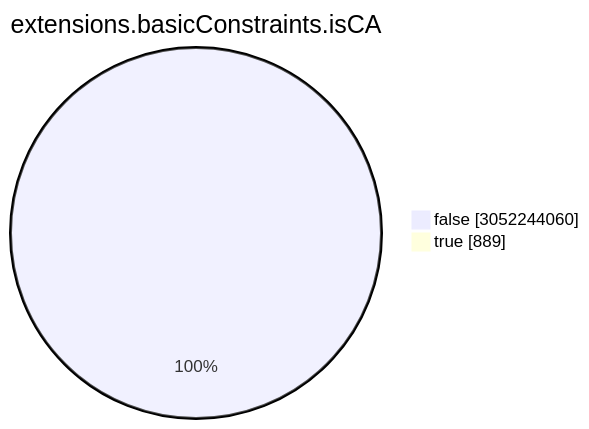
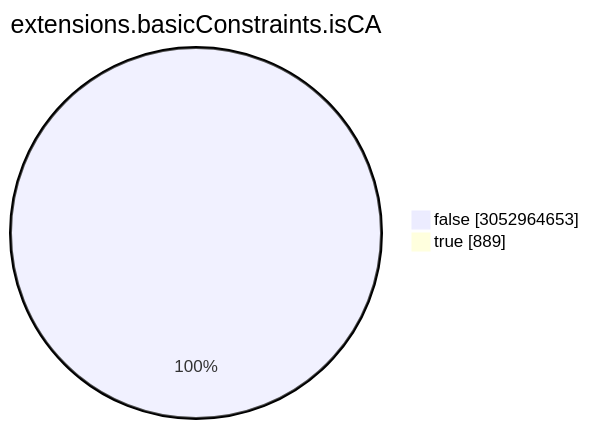
The seventh of 15 diagrams in TOTAL/README.md (christiankrug/ctmonitor_visualization), drawn with Mermaid before and after one commit. The commit also changed other lines of this file, not shown here.

````diff
--- a/TOTAL/README.md
+++ b/TOTAL/README.md
@@ -3086,6 +3086,6 @@
 ```mermaid
 pie showData
 title extensions.basicConstraints.isCA
-"false" :3052244060
+"false" :3052964653
 "true" :889
 ```
````
